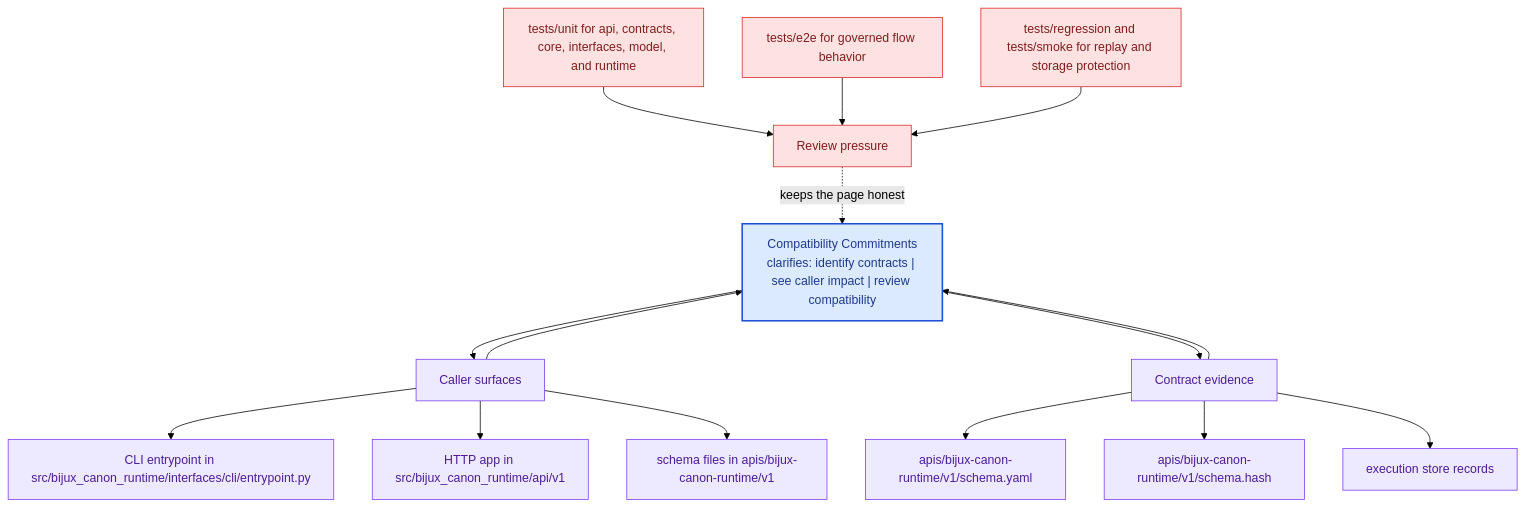
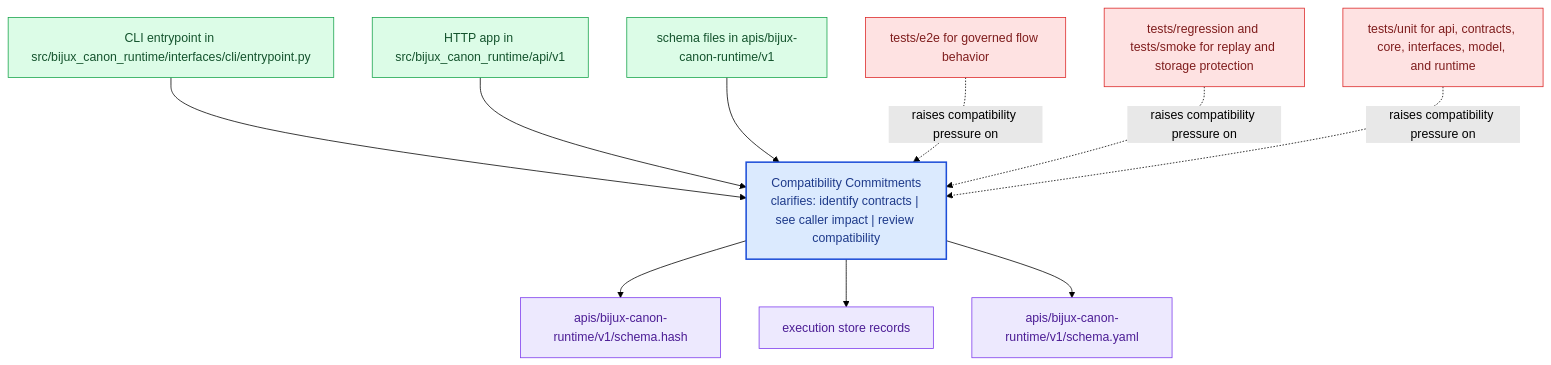
One commit to bijux/bijux-canon changed the diagram in docs/bijux-canon-runtime/interfaces/compatibility-commitments.md. Above: the diagram before and after it, drawn with Mermaid (forest theme). The commit also changed other lines of this file and 281 other files, not shown here.

Commit message:
docs(diagrams): replace repeated mermaid scaffolds with page-specific summaries

````diff
--- a/docs/bijux-canon-runtime/interfaces/compatibility-commitments.md
+++ b/docs/bijux-canon-runtime/interfaces/compatibility-commitments.md
@@ -68,41 +23,31 @@
 ```mermaid
 flowchart TB
-    promise["Compatibility Commitments<br/>clarifies: identify contracts | see caller impact | review compatibility"]
-    classDef promise fill:#dbeafe,stroke:#1d4ed8,color:#1e3a8a,stroke-width:2px;
-    classDef driver fill:#dcfce7,stroke:#16a34a,color:#14532d;
-    classDef constraint fill:#fee2e2,stroke:#dc2626,color:#7f1d1d;
-    classDef ground fill:#ede9fe,stroke:#7c3aed,color:#4c1d95;
-    focus1["Caller surfaces"]
-    focus1 --> promise
-    promise --> focus1
-    focus1_1["CLI entrypoint in src/bijux_canon_runtime/interfaces/cli/entrypoint.py"]
-    focus1 --> focus1_1
-    focus1_2["HTTP app in src/bijux_canon_runtime/api/v1"]
-    focus1 --> focus1_2
-    focus1_3["schema files in apis/bijux-canon-runtime/v1"]
-    focus1 --> focus1_3
-    class focus1 ground;
-    class focus1_1,focus1_2,focus1_3 ground;
-    focus2["Contract evidence"]
-    focus2 --> promise
-    promise --> focus2
-    focus2_1["apis/bijux-canon-runtime/v1/schema.yaml"]
-    focus2 --> focus2_1
-    focus2_2["apis/bijux-canon-runtime/v1/schema.hash"]
-    focus2 --> focus2_2
-    focus2_3["execution store records"]
-    focus2 --> focus2_3
-    class focus2 ground;
-    class focus2_1,focus2_2,focus2_3 ground;
-    focus3["Review pressure"]
-    focus3 -.keeps the page honest.-> promise
-    focus3_1["tests/unit for api, contracts, core, interfaces, model, and runtime"]
-    focus3_1 --> focus3
-    focus3_2["tests/e2e for governed flow behavior"]
-    focus3_2 --> focus3
-    focus3_3["tests/regression and tests/smoke for replay and storage protection"]
-    focus3_3 --> focus3
-    class focus3 constraint;
-    class focus3_1,focus3_2,focus3_3 constraint;
-    class promise promise;
+    page["Compatibility Commitments<br/>clarifies: identify contracts | see caller impact | review compatibility"]
+    classDef page fill:#dbeafe,stroke:#1d4ed8,color:#1e3a8a,stroke-width:2px;
+    classDef positive fill:#dcfce7,stroke:#16a34a,color:#14532d;
+    classDef caution fill:#fee2e2,stroke:#dc2626,color:#7f1d1d;
+    classDef anchor fill:#ede9fe,stroke:#7c3aed,color:#4c1d95;
+    classDef action fill:#fef3c7,stroke:#d97706,color:#7c2d12;
+    surface1["CLI entrypoint in src/bijux_canon_runtime/interfaces/cli/entrypoint.py"]
+    surface1 --> page
+    surface2["HTTP app in src/bijux_canon_runtime/api/v1"]
+    surface2 --> page
+    surface3["schema files in apis/bijux-canon-runtime/v1"]
+    surface3 --> page
+    proof1["apis/bijux-canon-runtime/v1/schema.hash"]
+    page --> proof1
+    proof2["execution store records"]
+    page --> proof2
+    proof3["apis/bijux-canon-runtime/v1/schema.yaml"]
+    page --> proof3
+    review1["tests/e2e for governed flow behavior"]
+    review1 -.raises compatibility pressure on.-> page
+    review2["tests/regression and tests/smoke for replay and storage protection"]
+    review2 -.raises compatibility pressure on.-> page
+    review3["tests/unit for api, contracts, core, interfaces, model, and runtime"]
+    review3 -.raises compatibility pressure on.-> page
+    class page page;
+    class surface1,surface2,surface3 positive;
+    class proof1,proof2,proof3 anchor;
+    class review1,review2,review3 caution;
 ```
````
